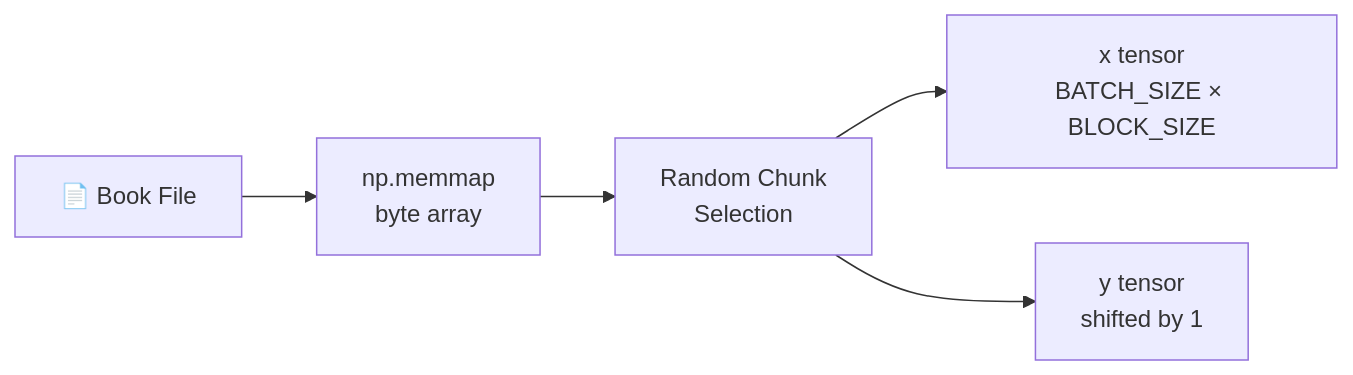
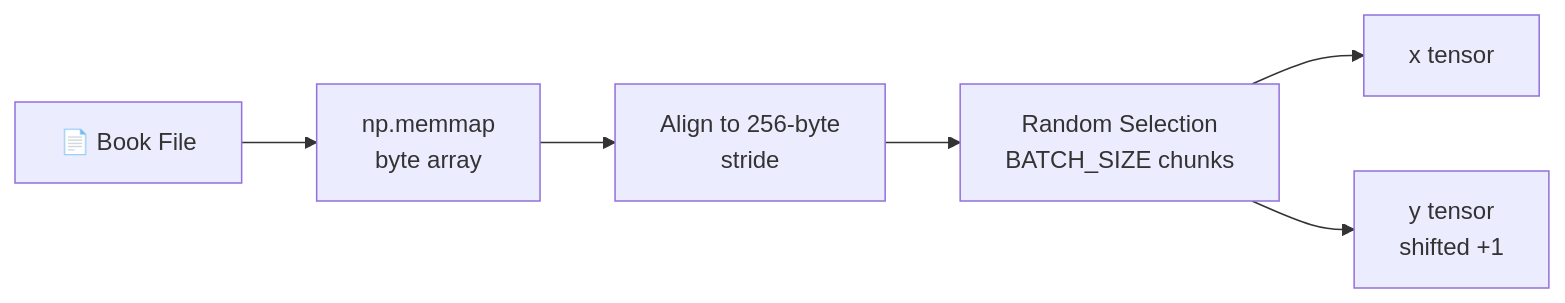
The third of 4 diagrams in README.md (knalins/kgp_hackathon_dvnkr), drawn with Mermaid before and after one commit. The commit also changed other lines of this file, not shown here.

````diff
--- a/README.md
+++ b/README.md
@@ -110,7 +115,8 @@
 ```mermaid
 flowchart LR
     FILE[📄 Book File] --> MMAP[np.memmap<br/>byte array]
-    MMAP --> CHUNKS[Random Chunk<br/>Selection]
-    CHUNKS --> X[x tensor<br/>BATCH_SIZE × BLOCK_SIZE]
-    CHUNKS --> Y[y tensor<br/>shifted by 1]
+    MMAP --> STRIDE[Align to 256-byte<br/>stride]
+    STRIDE --> RAND[Random Selection<br/>BATCH_SIZE chunks]
+    RAND --> X[x tensor]
+    RAND --> Y[y tensor<br/>shifted +1]
 ```
````
